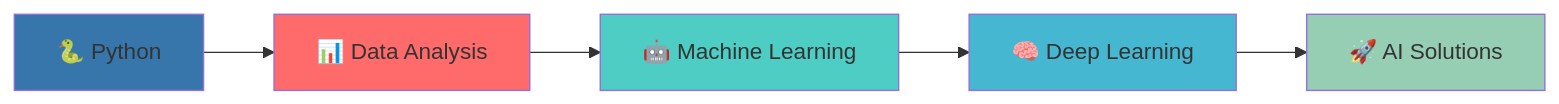
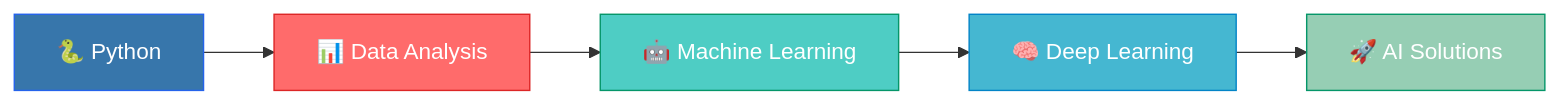
Before and after one commit to SalehAlomair/SalehAlomair: the diagram in README.md, drawn with Mermaid. The commit also changed other lines of this file, not shown here.

````diff
--- a/README.md
+++ b/README.md
@@ -97,13 +103,13 @@
 ```mermaid
-graph LR
+flowchart LR
     A[🐍 Python] --> B[📊 Data Analysis]
     B --> C[🤖 Machine Learning]
     C --> D[🧠 Deep Learning]
     D --> E[🚀 AI Solutions]
     
-    style A fill:#3776AB
-    style B fill:#FF6B6B
-    style C fill:#4ECDC4
-    style D fill:#45B7D1
-    style E fill:#96CEB4
+    style A fill:#3776AB,stroke:#2563EB,color:#ffffff
+    style B fill:#FF6B6B,stroke:#DC2626,color:#ffffff
+    style C fill:#4ECDC4,stroke:#059669,color:#ffffff
+    style D fill:#45B7D1,stroke:#0284C7,color:#ffffff
+    style E fill:#96CEB4,stroke:#059669,color:#ffffff
 ```
````
